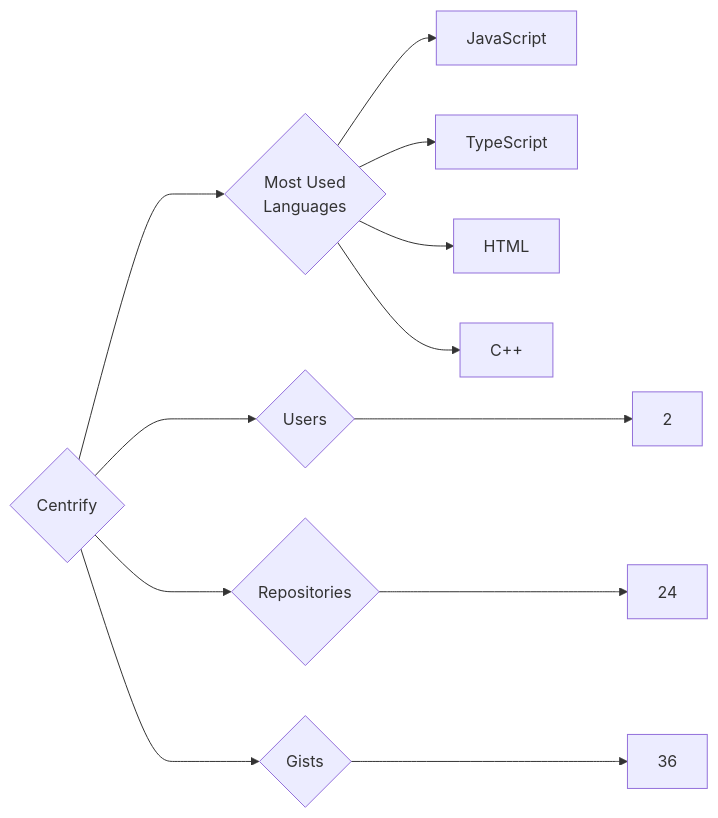
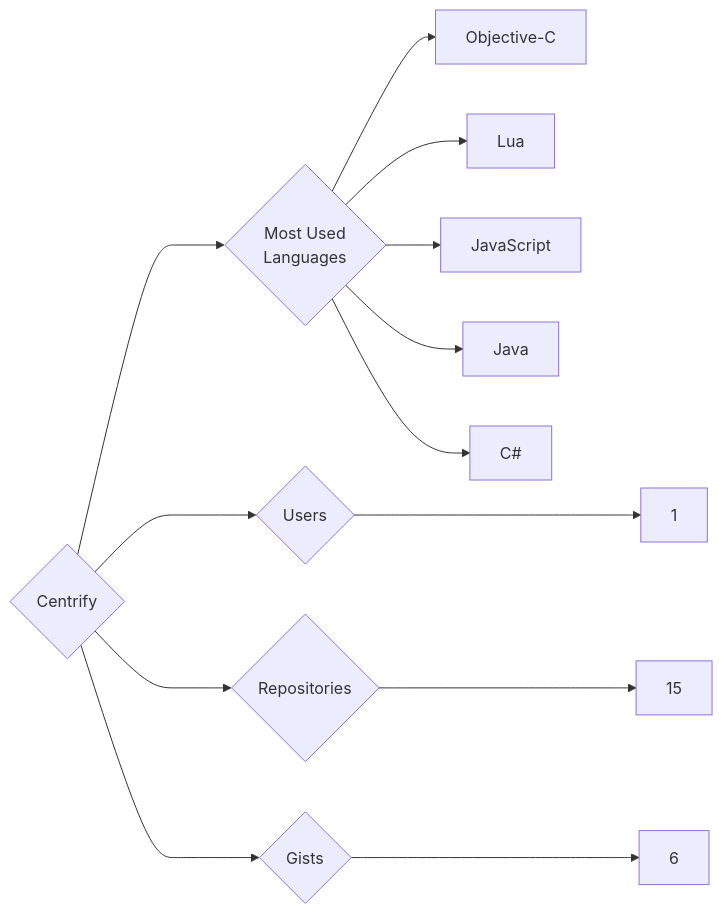
Before and after one commit to trickest/insiders: the diagram in targets/Centrify/README.md, drawn with Mermaid. The commit also changed 745 other files, not shown here.

````diff
--- a/targets/Centrify/README.md
+++ b/targets/Centrify/README.md
@@ -3,12 +3,13 @@
 ```mermaid
 graph LR
 COMPANY_NAME{Centrify}
-COMPANY_NAME ---> U{Users} ---> UN[2]
-COMPANY_NAME ---> R{Repositories} ---> RN[24]
-COMPANY_NAME ---> G{Gists} ---> GN[36]
+COMPANY_NAME ---> U{Users} ---> UN[1]
+COMPANY_NAME ---> R{Repositories} ---> RN[15]
+COMPANY_NAME ---> G{Gists} ---> GN[6]
 COMPANY_NAME ---> ML{Most Used<br>Languages}
+ML --> Objective-C[Objective-C]
+ML --> Lua[Lua]
 ML --> JavaScript[JavaScript]
-ML --> TypeScript[TypeScript]
-ML --> HTML[HTML]
-ML --> C++[C++]
+ML --> Java[Java]
+ML --> C#[C#]
 ```
````
